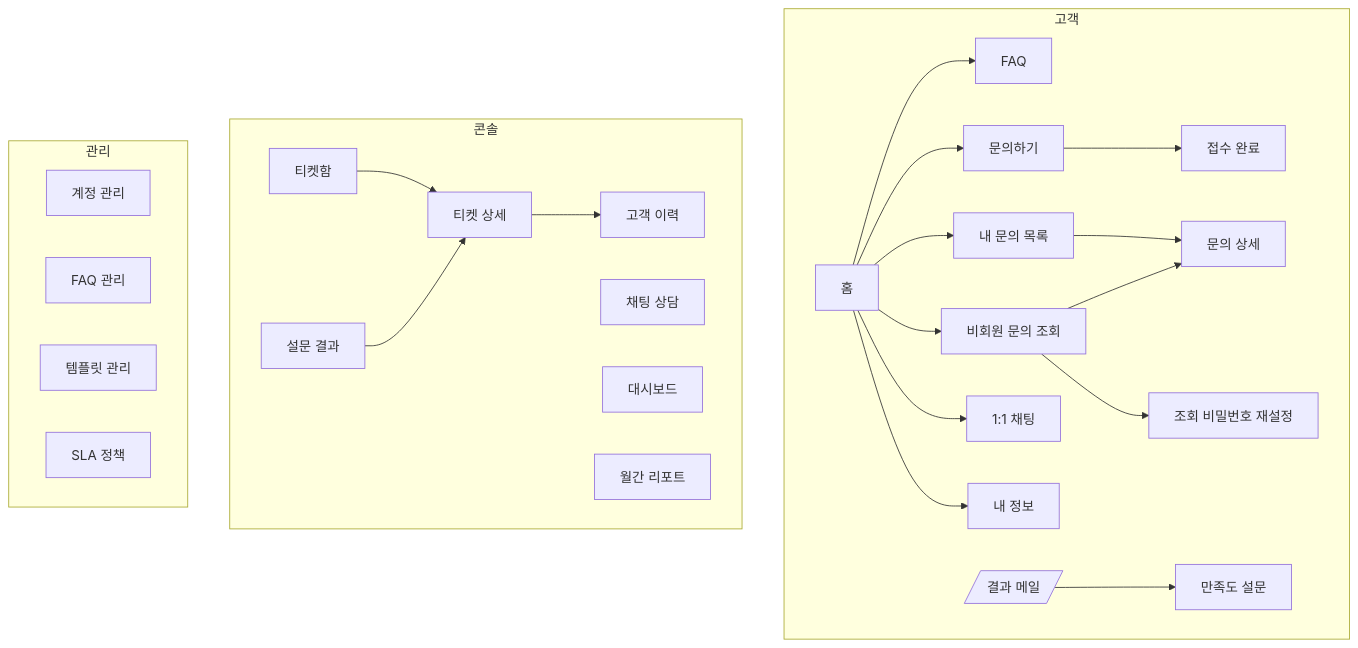
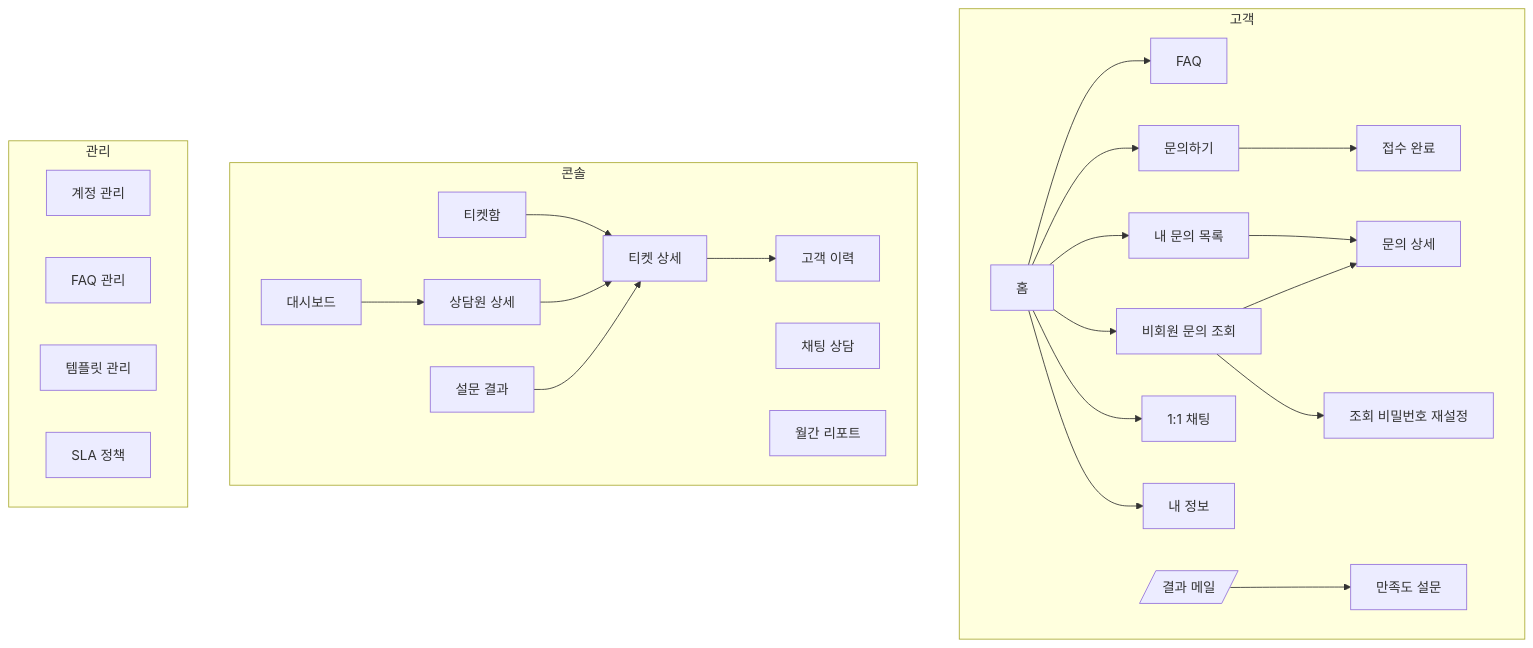
Before and after one commit to BaekSeongJun/helpnest-docs: the diagram in docs/09_screen-spec.md, drawn with Mermaid. The commit also changed other lines of this file and 1 other file, not shown here.

Commit message:
docs(dashboard): 04 §13.1 상담원 상세 API·09 CS-09 화면 추가 [BSJ]

````diff
--- a/docs/09_screen-spec.md
+++ b/docs/09_screen-spec.md
@@ -9,27 +9,27 @@
 ```mermaid
 flowchart TB
   subgraph 고객
     CU01[홈] --> CU02[FAQ]
     CU01 --> CU03[문의하기] --> CU04[접수 완료]
     CU01 --> CU05[비회원 문의 조회] --> CU07[문의 상세]
     CU05 --> CU06[조회 비밀번호 재설정]
     CU01 --> CU08[내 문의 목록] --> CU07
     CU01 --> CU09[1:1 채팅]
     CU01 --> CU10[내 정보]
     MAIL[/결과 메일/] --> CU11[만족도 설문]
   end
   subgraph 콘솔
     CS01[티켓함] --> CS02[티켓 상세]
     CS02 --> CS07[고객 이력]
     CS03[채팅 상담]
-    CS04[대시보드]
+    CS04[대시보드] --> CS09[상담원 상세] --> CS02
     CS05[월간 리포트]
     CS06[설문 결과] --> CS02
   end
   subgraph 관리
     AD01[계정 관리]
     AD02[FAQ 관리]
     AD03[템플릿 관리]
     AD04[SLA 정책]
   end
 ```
````
